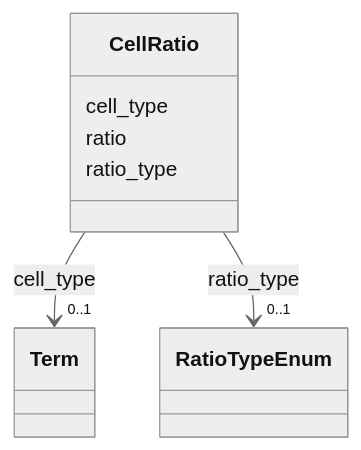
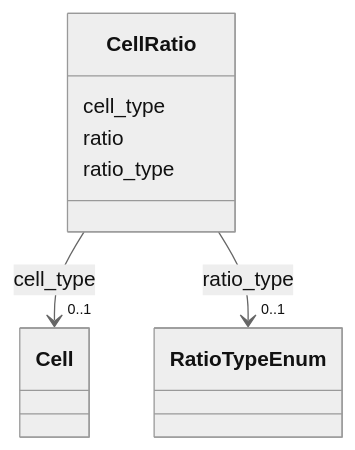
The diagram in docs/elements/CellRatio.md (monarch-initiative/namo), drawn with Mermaid (neutral theme) before and after one commit. The commit also changed other lines of this file and 1232 other files, not shown here.

````diff
--- a/docs/elements/CellRatio.md
+++ b/docs/elements/CellRatio.md
@@ -18,30 +23,30 @@
 ```mermaid
  classDiagram
     class CellRatio
     click CellRatio href "../CellRatio/"
       CellRatio : cell_type
         
           
     
         
         
-        CellRatio --> "0..1" Term : cell_type
-        click Term href "../Term/"
+        CellRatio --> "0..1" Cell : cell_type
+        click Cell href "../Cell/"
     
 
         
       CellRatio : ratio
         
       CellRatio : ratio_type
         
           
     
         
         
         CellRatio --> "0..1" RatioTypeEnum : ratio_type
         click RatioTypeEnum href "../RatioTypeEnum/"
     
 
         
       
 ```
````
